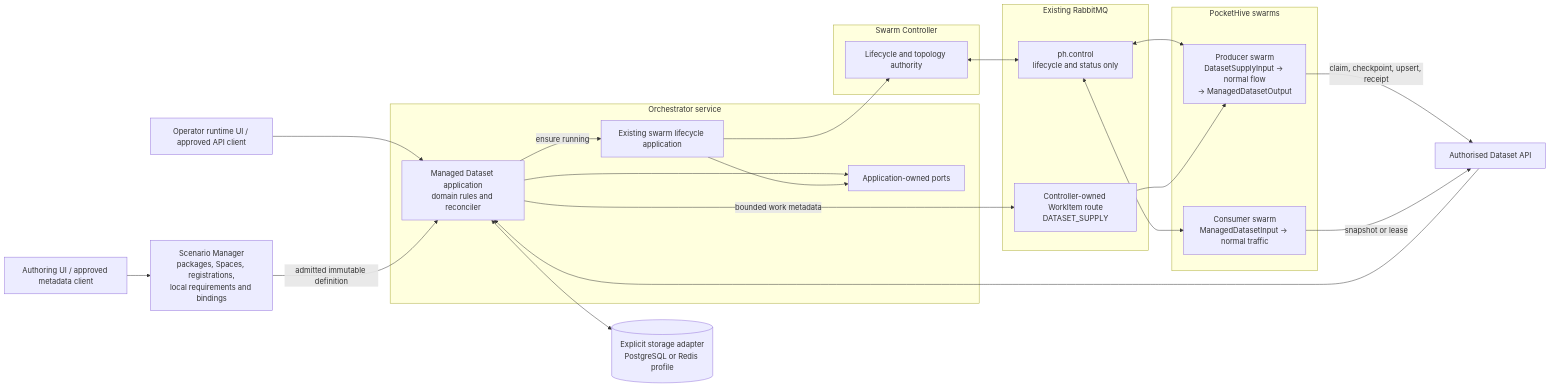
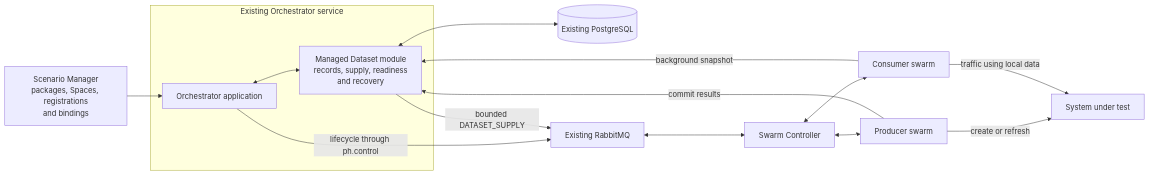
The diagram in docs/inProgress/managed-datasets-team-design-overview.md (sepa79/PocketHive), drawn with Mermaid before and after one commit. The commit also changed other lines of this file and 5 other files, not shown here.

````diff
--- a/docs/inProgress/managed-datasets-team-design-overview.md
+++ b/docs/inProgress/managed-datasets-team-design-overview.md
@@ -97,46 +31,29 @@
-```mermaid
+~~~mermaid
 flowchart LR
-  AUI[Authoring UI / approved metadata client]
-  OUI[Operator runtime UI / approved API client]
-  SM[Scenario Manager<br/>packages, Spaces, registrations,<br/>local requirements and bindings]
+  SM[Scenario Manager<br/>packages, Spaces, registrations<br/>and bindings]
 
-  subgraph ORCH[Orchestrator service]
-    DS[Managed Dataset application<br/>domain rules and reconciler]
-    LC[Existing swarm lifecycle application]
-    PORTS[Application-owned ports]
-    DS --> PORTS
-    LC --> PORTS
+  subgraph ORCH[Existing Orchestrator service]
+    OA[Orchestrator application]
+    MD[Managed Dataset module<br/>records, supply, readiness<br/>and recovery]
+    OA <--> MD
   end
 
-  subgraph SC[Swarm Controller]
-    LIFE[Lifecycle and topology authority]
-  end
+  PG[(Existing PostgreSQL)]
+  RMQ[Existing RabbitMQ]
+  SC[Swarm Controller]
+  PS[Producer swarm]
+  CS[Consumer swarm]
+  SUT[System under test]
 
-  subgraph RMQ[Existing RabbitMQ]
-    CONTROL[ph.control<br/>lifecycle and status only]
-    WORK[Controller-owned WorkItem route<br/>DATASET_SUPPLY]
-  end
-
-  subgraph SWARMS[PocketHive swarms]
-    PRODUCER[Producer swarm<br/>DatasetSupplyInput → normal flow<br/>→ ManagedDatasetOutput]
-    CONSUMER[Consumer swarm<br/>ManagedDatasetInput → normal traffic]
-  end
-
-  API[Authorised Dataset API]
-  STORE[(Explicit storage adapter<br/>PostgreSQL or Redis profile)]
-
-  AUI --> SM
-  OUI --> DS
-  SM -->|admitted immutable definition| DS
-  DS -->|ensure running| LC
-  LC --> LIFE
-  LIFE <--> CONTROL
-  CONTROL <--> PRODUCER
-  CONTROL <--> CONSUMER
-  DS -->|bounded work metadata| WORK
-  WORK --> PRODUCER
-  PRODUCER -->|claim, checkpoint, upsert, receipt| API
-  CONSUMER -->|snapshot or lease| API
-  API --> DS
-  DS <--> STORE
-```
+  SM --> OA
+  MD <--> PG
+  OA -->|lifecycle through ph.control| RMQ
+  RMQ <--> SC
+  SC <--> PS
+  SC <--> CS
+  MD -->|bounded DATASET_SUPPLY| RMQ
+  PS -->|create or refresh| SUT
+  PS -->|commit results| MD
+  CS -->|background snapshot| MD
+  CS -->|traffic using local data| SUT
+~~~
````
